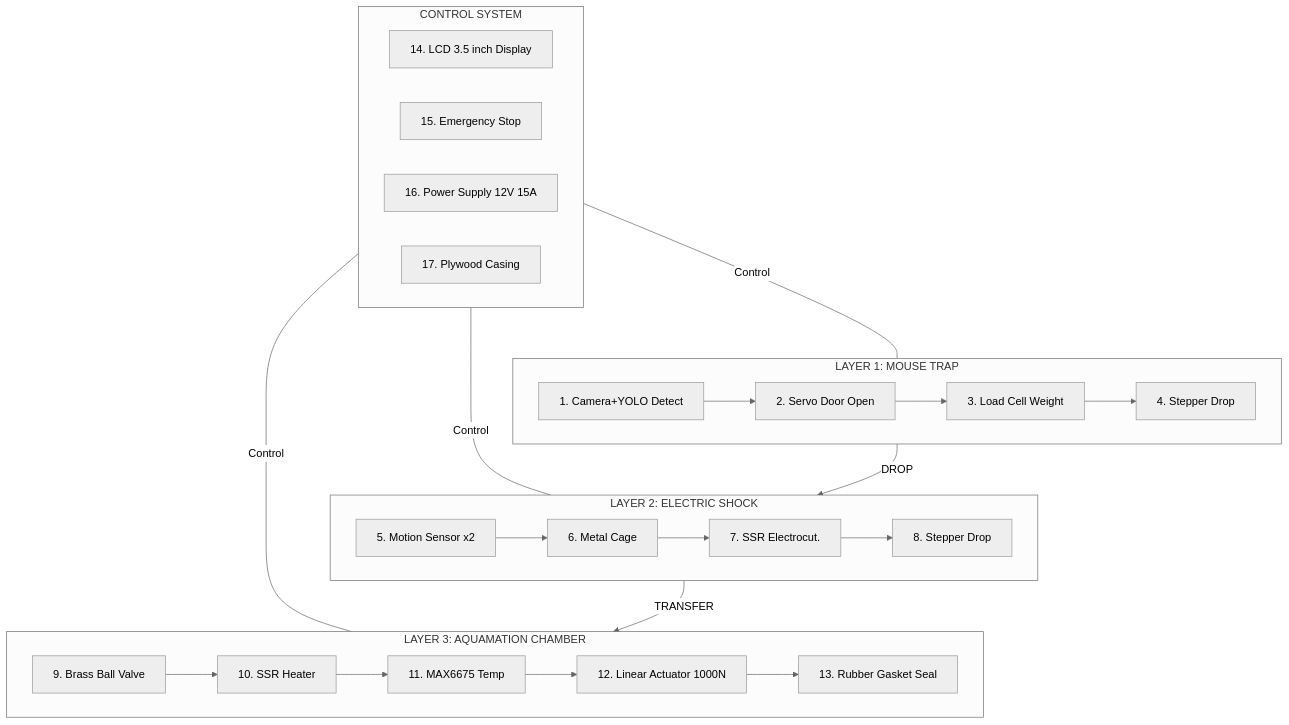
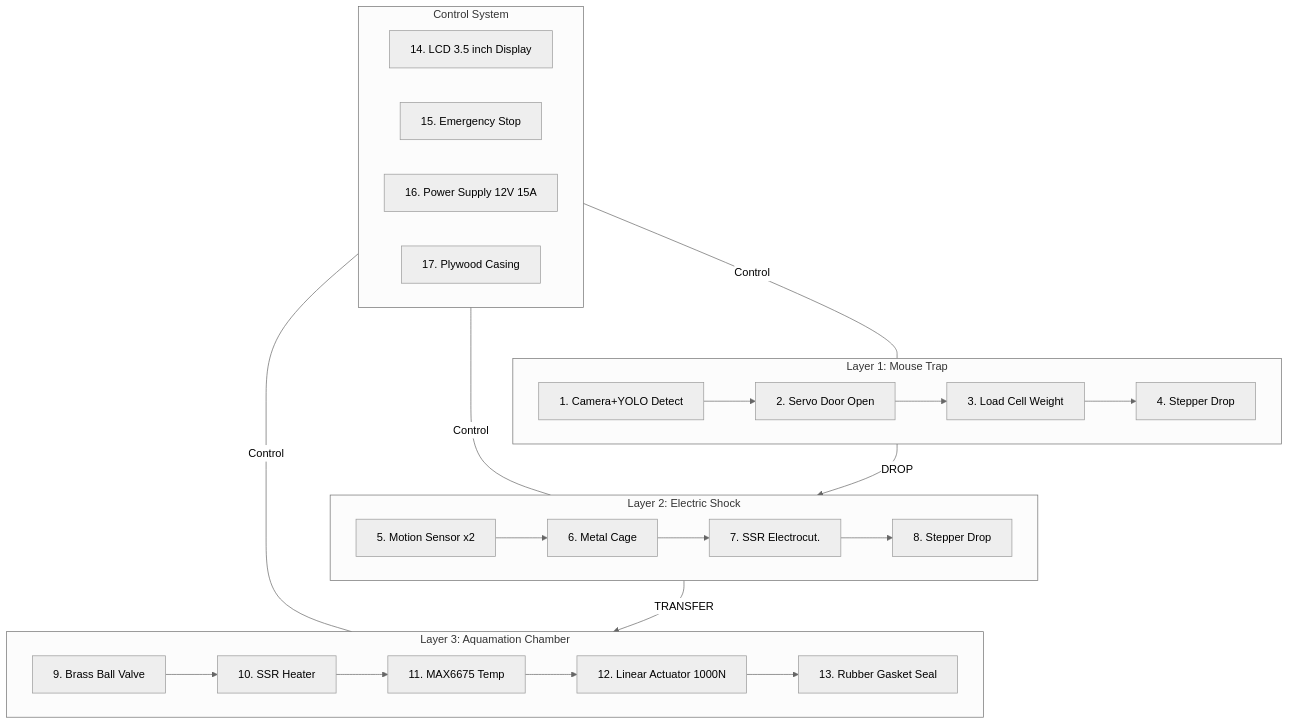
One commit to qppd/automatic-aquamation-machine changed the diagram in block_diagram.md. Above: the diagram before and after it, drawn with Mermaid (neutral theme).

Commit message:
Fix Mermaid syntax - use plain text labels

````diff
--- a/block_diagram.md
+++ b/block_diagram.md
@@ -3,39 +3,39 @@
 ```mermaid
 flowchart TD
-    subgraph L1["LAYER 1: MOUSE TRAP"]
+    subgraph L1["Layer 1: Mouse Trap"]
         direction LR
         A["1. Camera+YOLO Detect"] --> B["2. Servo Door Open"]
         B --> C["3. Load Cell Weight"]
         C --> D["4. Stepper Drop"]
     end
     
-    subgraph L2["LAYER 2: ELECTRIC SHOCK"]
+    subgraph L2["Layer 2: Electric Shock"]
         direction LR
         E["5. Motion Sensor x2"] --> F["6. Metal Cage"]
         F --> G["7. SSR Electrocut."]
         G --> H["8. Stepper Drop"]
     end
     
-    subgraph L3["LAYER 3: AQUAMATION CHAMBER"]
+    subgraph L3["Layer 3: Aquamation Chamber"]
         direction LR
         I["9. Brass Ball Valve"] --> J["10. SSR Heater"]
         J --> K["11. MAX6675 Temp"]
         K --> L["12. Linear Actuator 1000N"]
         L --> M["13. Rubber Gasket Seal"]
     end
     
     D -- "DROP" --> E
     H -- "TRANSFER" --> I
     
-    subgraph CTRL["CONTROL SYSTEM"]
+    subgraph CTRL["Control System"]
         direction LR
         N["14. LCD 3.5 inch Display"]
         O["15. Emergency Stop"]
         P["16. Power Supply 12V 15A"]
         Q["17. Plywood Casing"]
     end
     
     CTRL ---|"Control"| L1
     CTRL ---|"Control"| L2
     CTRL ---|"Control"| L3
 ```
````
